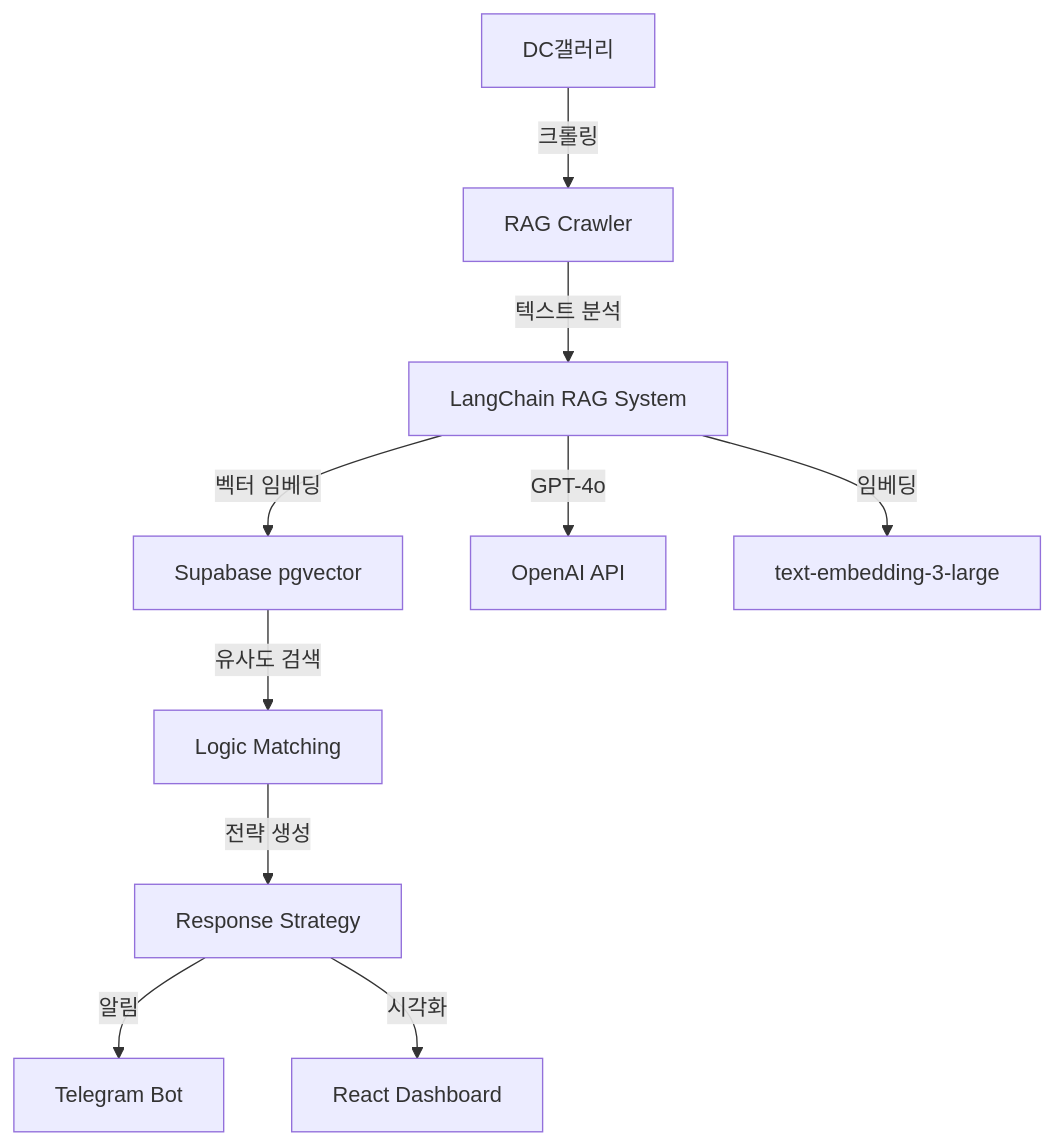
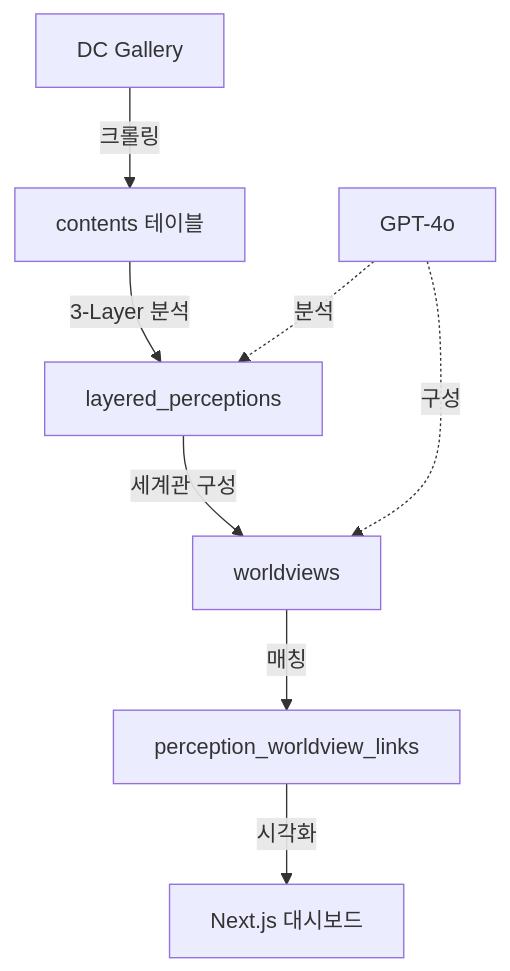
Before and after one commit to philo-kim/moniterdc: the diagram in README.md, drawn with Mermaid. The commit also changed other lines of this file and 170 other files, not shown here.

First line of the commit message:
Complete GPT-5 based worldview monitoring system

````diff
--- a/README.md
+++ b/README.md
@@ -29,13 +115,11 @@
 ```mermaid
 graph TB
-    A[DC갤러리] -->|크롤링| B[RAG Crawler]
-    B -->|텍스트 분석| C[LangChain RAG System]
-    C -->|벡터 임베딩| D[Supabase pgvector]
-    D -->|유사도 검색| E[Logic Matching]
-    E -->|전략 생성| F[Response Strategy]
-    F -->|알림| G[Telegram Bot]
-    F -->|시각화| H[React Dashboard]
-    
-    C -->|GPT-4o| I[OpenAI API]
-    C -->|임베딩| J[text-embedding-3-large]
+    A[DC Gallery] -->|크롤링| B[contents 테이블]
+    B -->|3-Layer 분석| C[layered_perceptions]
+    C -->|세계관 구성| D[worldviews]
+    D -->|매칭| E[perception_worldview_links]
+    E -->|시각화| F[Next.js 대시보드]
+
+    G[GPT-4o] -.->|분석| C
+    G -.->|구성| D
 ```
````
